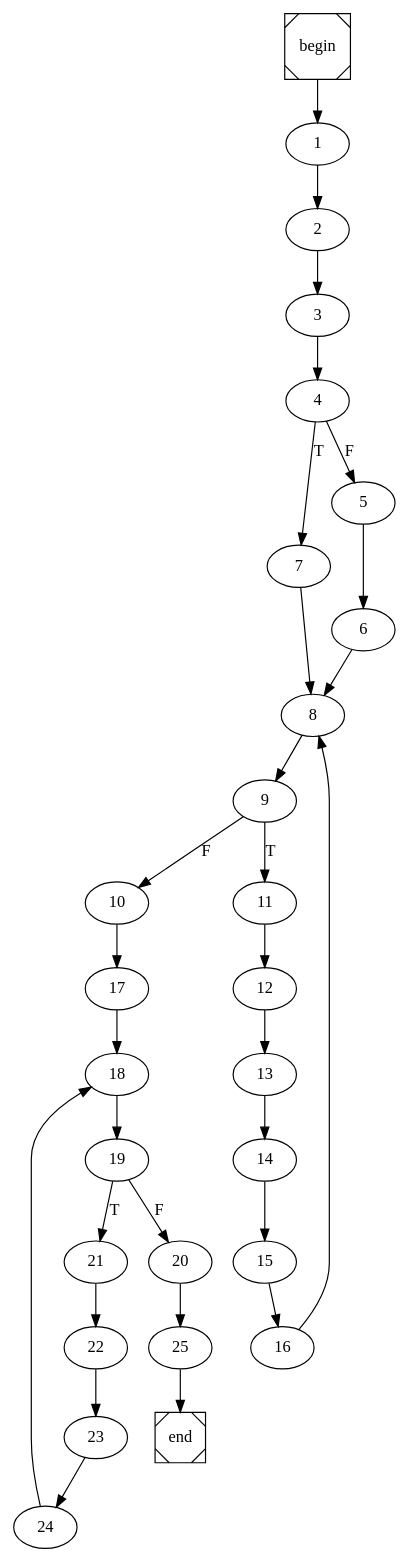
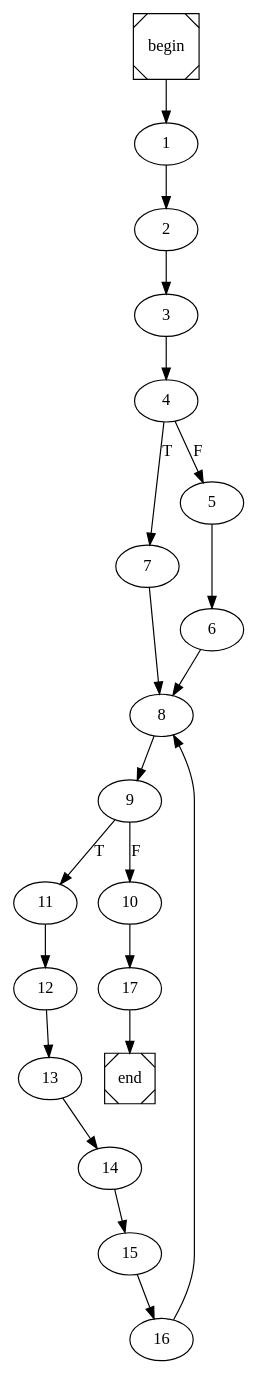
Before and after one commit to ivSaav/COMP: the diagram in main.dot, drawn with Graphviz. The commit also changed 4 other files, not shown here.

```diff
--- a/main.dot
+++ b/main.dot
@@ -1,4 +1,4 @@
 digraph cfg {
 	begin [shape=Msquare];
 	end [shape=Msquare];
-	begin -> 1;	1 -> 2;	2 -> 3;	3 -> 4;	4 -> 7[label=T];	4 -> 5[label=F];	5 -> 6;	6 -> 8;	7 -> 8;	8 -> 9;	9 -> 11[label=T];	9 -> 10[label=F];	10 -> 17;	11 -> 12;	12 -> 13;	13 -> 14;	14 -> 15;	15 -> 16;	16 -> 8;	17 -> 18;	18 -> 19;	19 -> 21[label=T];	19 -> 20[label=F];	20 -> 25;	21 -> 22;	22 -> 23;	23 -> 24;	24 -> 18;	25 -> end;}
+	begin -> 1;	1 -> 2;	2 -> 3;	3 -> 4;	4 -> 7[label=T];	4 -> 5[label=F];	5 -> 6;	6 -> 8;	7 -> 8;	8 -> 9;	9 -> 11[label=T];	9 -> 10[label=F];	10 -> 17;	11 -> 12;	12 -> 13;	13 -> 14;	14 -> 15;	15 -> 16;	16 -> 8;	17 -> end;}
```
